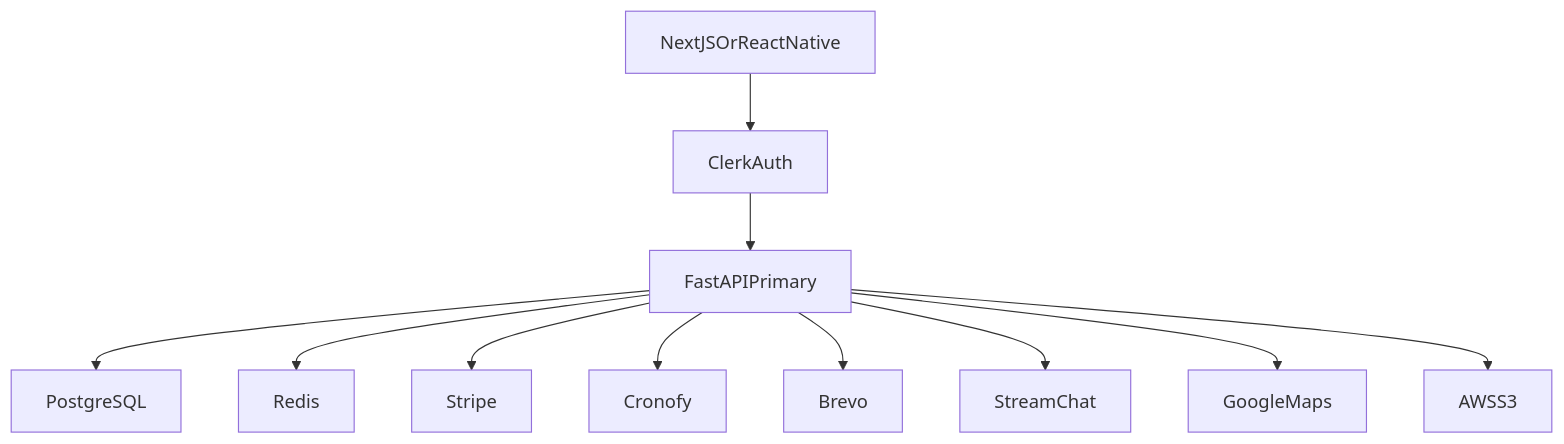
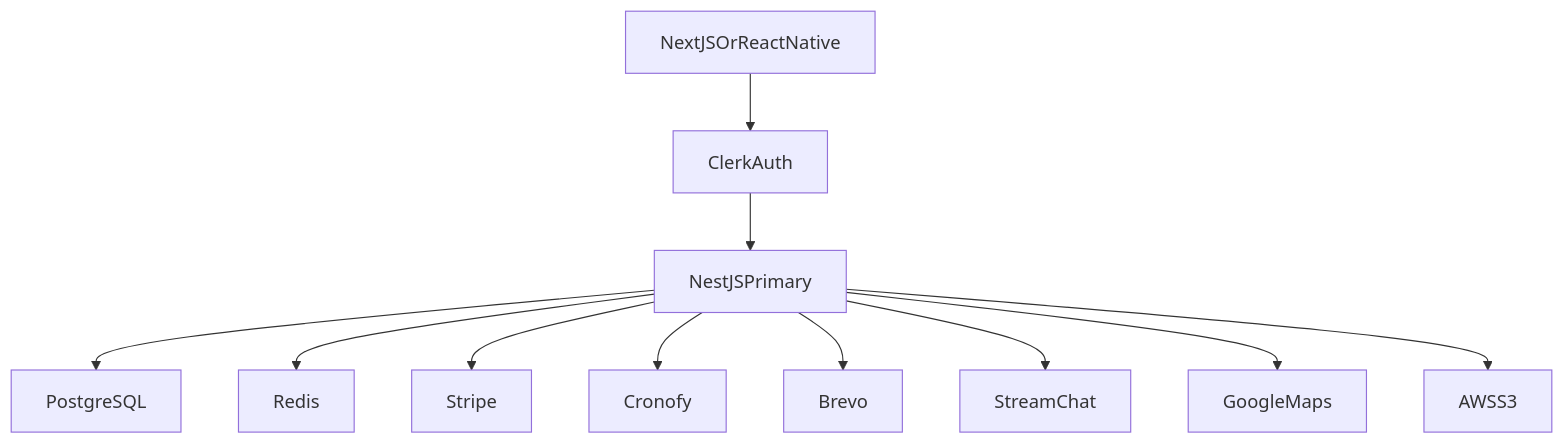
The second of 2 diagrams in docs/architecture.md (LabsFood/LF-BackEnd), drawn with Mermaid before and after one commit. The commit also changed other lines of this file and 36 other files, not shown here.

First line of the commit message:
Drop FastAPI primary API and pivot stack to NestJS+Fastify

````diff
--- a/docs/architecture.md
+++ b/docs/architecture.md
@@ -70,25 +91,25 @@
 ```mermaid
 flowchart TD
     clients[NextJSOrReactNative]
     clerk[ClerkAuth]
-    api[FastAPIPrimary]
+    api[NestJSPrimary]
     pg[PostgreSQL]
     redis[Redis]
     stripe[Stripe]
     cronofy[Cronofy]
     brevo[Brevo]
     stream[StreamChat]
     maps[GoogleMaps]
     s3[AWSS3]
 
     clients --> clerk
     clerk --> api
     api --> pg
     api --> redis
     api --> stripe
     api --> cronofy
     api --> brevo
     api --> stream
     api --> maps
     api --> s3
 ```
````
